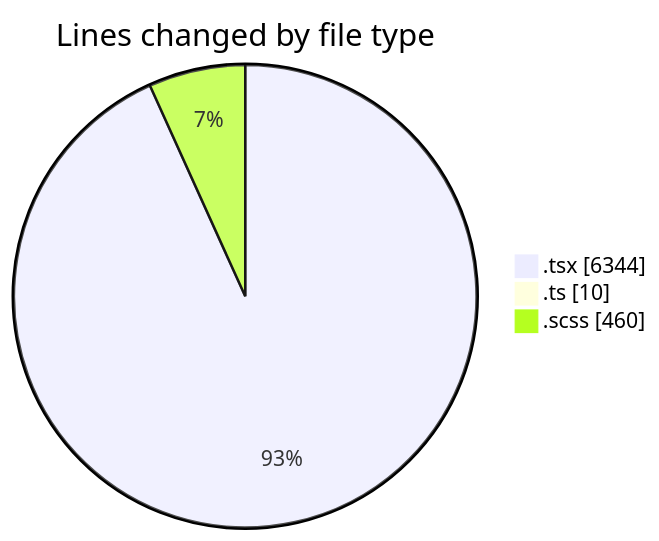
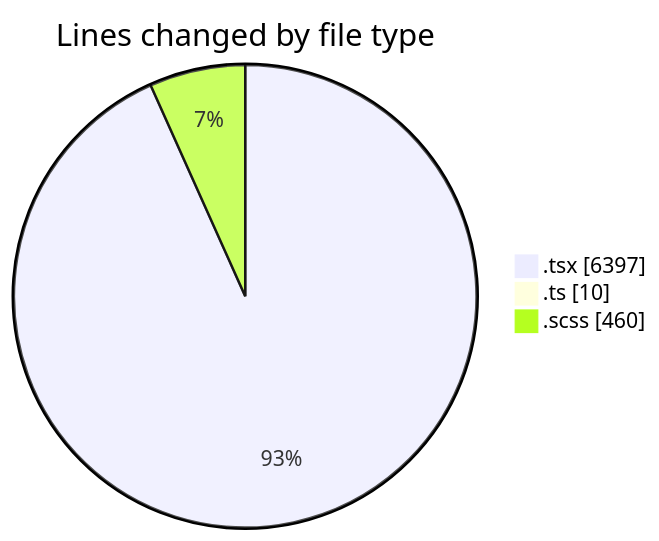
The first of 2 diagrams in 2025-11-17/cda/README.md (momahboobian/code-tracking), drawn with Mermaid before and after one commit. The commit also changed other lines of this file and 1 other file, not shown here.

````diff
--- a/2025-11-17/cda/README.md
+++ b/2025-11-17/cda/README.md
@@ -31,7 +31,7 @@
 ```mermaid
 pie showData
 title Lines changed by file type
-".tsx" : 6344
+".tsx" : 6397
 ".ts" : 10
 ".scss" : 460
 ```
````
